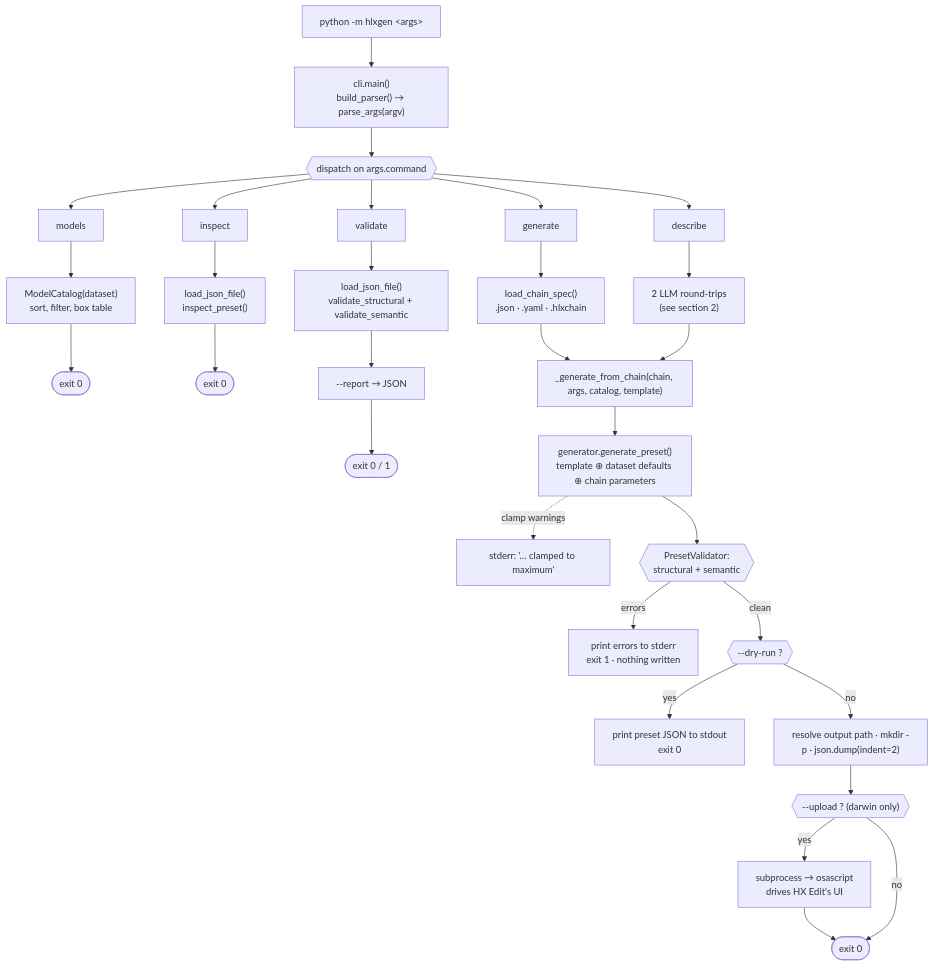
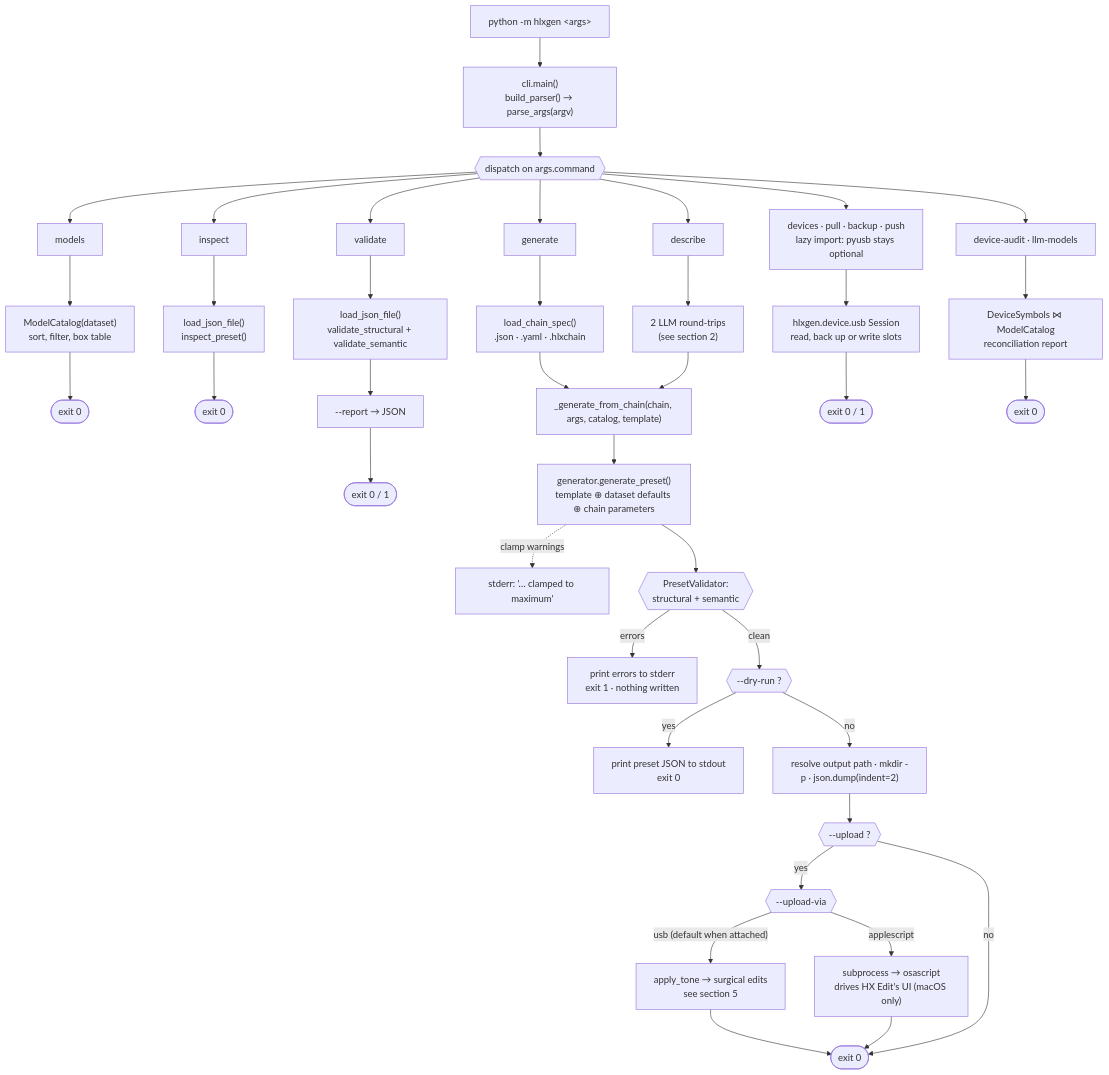
One commit to ORogers/HelixGen changed the first of 5 diagrams in docs/application_flow.md. Above: the diagram before and after it, drawn with Mermaid. The commit also changed other lines of this file and 10 other files, not shown here.

````diff
--- a/docs/application_flow.md
+++ b/docs/application_flow.md
@@ -26,30 +47,37 @@
 ```mermaid
 flowchart TD
     entry["python -m hlxgen &lt;args&gt;"] --> parse["cli.main()<br>build_parser() → parse_args(argv)"]
     parse --> disp{{"dispatch on args.command"}}
 
     disp --> models["models"]
     disp --> inspect["inspect"]
     disp --> validate["validate"]
     disp --> generate["generate"]
     disp --> describe["describe"]
+    disp --> devcmds["devices · pull · backup · push<br>lazy import: pyusb stays optional"]
+    disp --> audit["device-audit · llm-models"]
 
     models --> m1["ModelCatalog(dataset)<br>sort, filter, box table"] --> mx(["exit 0"])
     inspect --> i1["load_json_file()<br>inspect_preset()"] --> ix(["exit 0"])
     validate --> v1["load_json_file()<br>validate_structural + validate_semantic"] --> v2["--report → JSON"] --> vx(["exit 0 / 1"])
 
     generate --> g1["load_chain_spec()<br>.json · .yaml · .hlxchain"] --> spine
     describe --> d1["2 LLM round-trips<br>(see section 2)"] --> spine
 
     spine["_generate_from_chain(chain, args, catalog, template)"]
     spine --> gp["generator.generate_preset()<br>template ⊕ dataset defaults ⊕ chain parameters"]
     gp -. clamp warnings .-> warn["stderr: '… clamped to maximum'"]
     gp --> gate{{"PresetValidator:<br>structural + semantic"}}
     gate -- errors --> err["print errors to stderr<br>exit 1 · nothing written"]
     gate -- clean --> dry{{"--dry-run ?"}}
     dry -- yes --> dryout["print preset JSON to stdout<br>exit 0"]
     dry -- no --> write["resolve output path · mkdir -p · json.dump(indent=2)"]
-    write --> up{{"--upload ? (darwin only)"}}
-    up -- yes --> osa["subprocess → osascript<br>drives HX Edit's UI"] --> ok(["exit 0"])
+    write --> up{{"--upload ?"}}
+    up -- yes --> tr{{"--upload-via"}}
+    tr -- "usb (default when attached)" --> usbw["apply_tone → surgical edits<br>see section 5"] --> ok(["exit 0"])
+    tr -- "applescript" --> osa["subprocess → osascript<br>drives HX Edit's UI (macOS only)"] --> ok
     up -- no --> ok
+
+    devcmds --> dev1["hlxgen.device.usb Session<br>read, back up or write slots"] --> devx(["exit 0 / 1"])
+    audit --> a1["DeviceSymbols ⋈ ModelCatalog<br>reconciliation report"] --> ax(["exit 0"])
 ```
````
